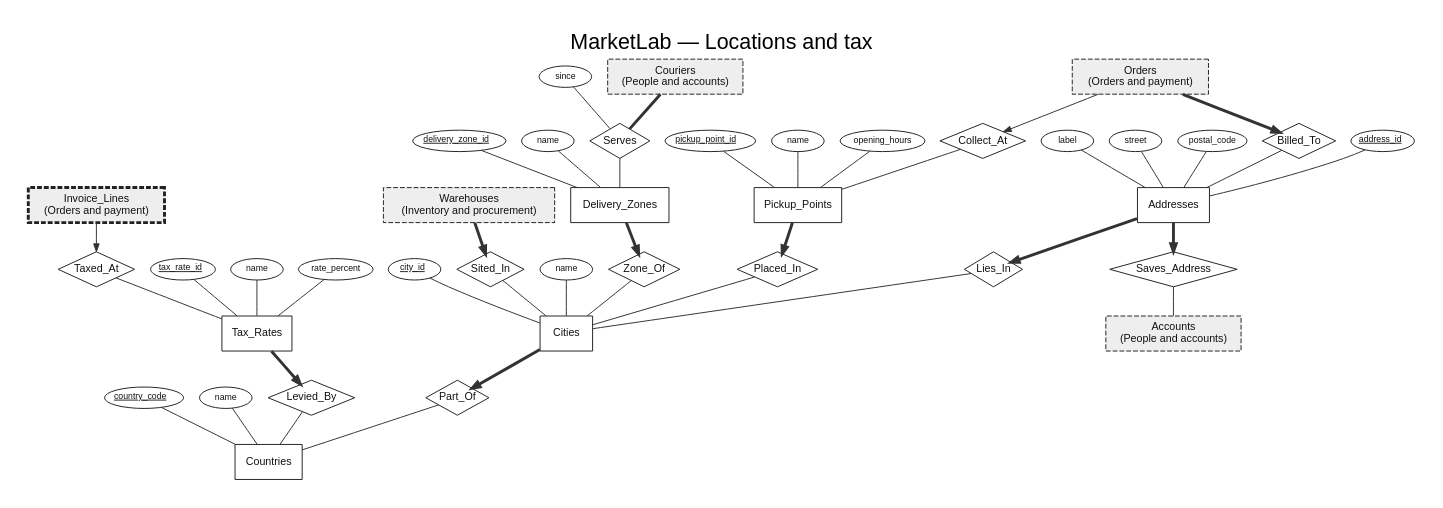
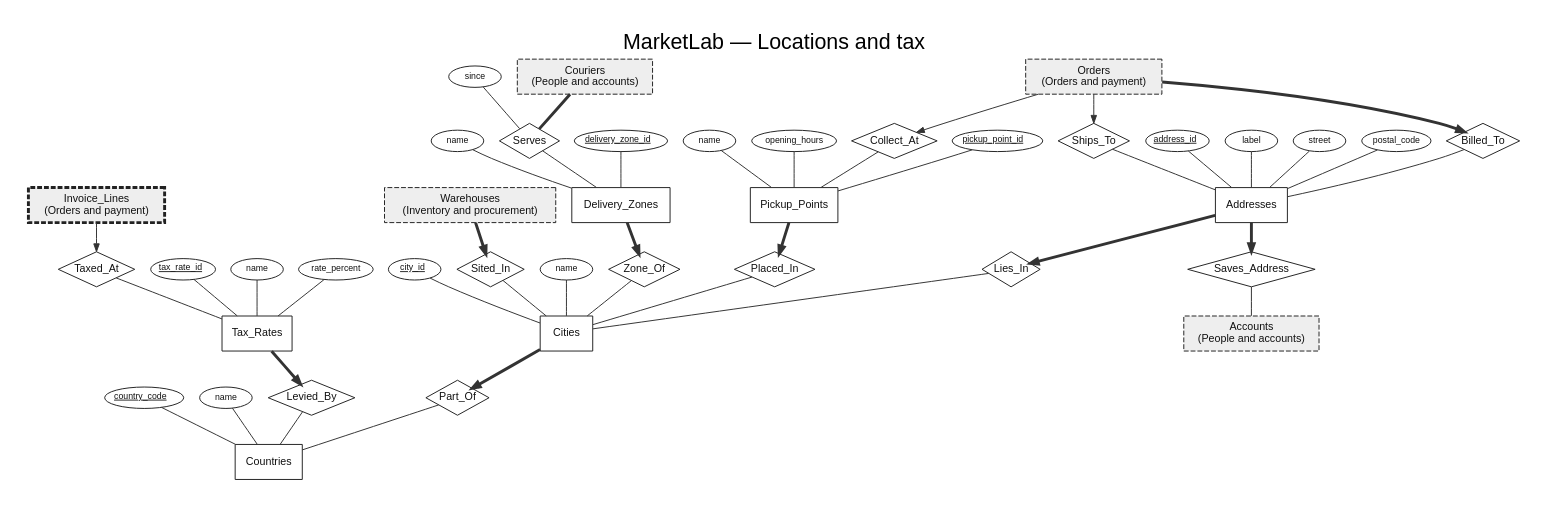
One commit to Barlassen/CS_202_Project changed the diagram in docs/er/area-locations.dot. Above: the diagram before and after it, drawn with Graphviz. The commit also changed 85 other files, not shown here.

First line of the commit message:
ER diagram feedback: notation legend, readable multi-page PDF, Ships_To

```diff
--- a/docs/er/area-locations.dot
+++ b/docs/er/area-locations.dot
@@ -1,88 +1,91 @@
 digraph ER {
 graph [compound=true, rankdir=TB, newrank=true, nodesep=0.22, ranksep=0.42, fontname="Helvetica", fontsize=22, labelloc=t, label="MarketLab — Locations and tax", pad=0.3];
 node [fontname="Helvetica", fontsize=11, color="#222222", fontcolor="#111111"];
 edge [color="#333333", arrowsize=0.8, fontname="Helvetica", fontsize=9];
 E_accounts [shape=box, style="filled,dashed", fillcolor="#eeeeee", penwidth=1, label="Accounts
 (People and accounts)"];
 E_addresses [shape=box, penwidth=1, label="Addresses"];
 A__addresses__address_id [shape=ellipse, fontsize=9, margin="0.04,0.02", height=0.3, label=<<U>address_id</U>>];
 A__addresses__address_id -> E_addresses [dir=none];
 A__addresses__label [shape=ellipse, fontsize=9, margin="0.04,0.02", height=0.3, label="label"];
 A__addresses__label -> E_addresses [dir=none];
 A__addresses__street [shape=ellipse, fontsize=9, margin="0.04,0.02", height=0.3, label="street"];
 A__addresses__street -> E_addresses [dir=none];
 A__addresses__postal_code [shape=ellipse, fontsize=9, margin="0.04,0.02", height=0.3, label="postal_code"];
 A__addresses__postal_code -> E_addresses [dir=none];
 E_cities [shape=box, penwidth=1, label="Cities"];
 A__cities__city_id [shape=ellipse, fontsize=9, margin="0.04,0.02", height=0.3, label=<<U>city_id</U>>];
 A__cities__city_id -> E_cities [dir=none];
 A__cities__name [shape=ellipse, fontsize=9, margin="0.04,0.02", height=0.3, label="name"];
 A__cities__name -> E_cities [dir=none];
 E_countries [shape=box, penwidth=1, label="Countries"];
 A__countries__country_code [shape=ellipse, fontsize=9, margin="0.04,0.02", height=0.3, label=<<U>country_code</U>>];
 A__countries__country_code -> E_countries [dir=none];
 A__countries__name [shape=ellipse, fontsize=9, margin="0.04,0.02", height=0.3, label="name"];
 A__countries__name -> E_countries [dir=none];
 E_couriers [shape=box, style="filled,dashed", fillcolor="#eeeeee", penwidth=1, label="Couriers
 (People and accounts)"];
 E_delivery_zones [shape=box, penwidth=1, label="Delivery_Zones"];
 A__delivery_zones__delivery_zone_id [shape=ellipse, fontsize=9, margin="0.04,0.02", height=0.3, label=<<U>delivery_zone_id</U>>];
 A__delivery_zones__delivery_zone_id -> E_delivery_zones [dir=none];
 A__delivery_zones__name [shape=ellipse, fontsize=9, margin="0.04,0.02", height=0.3, label="name"];
 A__delivery_zones__name -> E_delivery_zones [dir=none];
 E_invoice_lines [shape=box, style="filled,dashed", fillcolor="#eeeeee", penwidth=3, label="Invoice_Lines
 (Orders and payment)"];
 E_orders [shape=box, style="filled,dashed", fillcolor="#eeeeee", penwidth=1, label="Orders
 (Orders and payment)"];
 E_pickup_points [shape=box, penwidth=1, label="Pickup_Points"];
 A__pickup_points__pickup_point_id [shape=ellipse, fontsize=9, margin="0.04,0.02", height=0.3, label=<<U>pickup_point_id</U>>];
 A__pickup_points__pickup_point_id -> E_pickup_points [dir=none];
 A__pickup_points__name [shape=ellipse, fontsize=9, margin="0.04,0.02", height=0.3, label="name"];
 A__pickup_points__name -> E_pickup_points [dir=none];
 A__pickup_points__opening_hours [shape=ellipse, fontsize=9, margin="0.04,0.02", height=0.3, label="opening_hours"];
 A__pickup_points__opening_hours -> E_pickup_points [dir=none];
 E_tax_rates [shape=box, penwidth=1, label="Tax_Rates"];
 A__tax_rates__tax_rate_id [shape=ellipse, fontsize=9, margin="0.04,0.02", height=0.3, label=<<U>tax_rate_id</U>>];
 A__tax_rates__tax_rate_id -> E_tax_rates [dir=none];
 A__tax_rates__name [shape=ellipse, fontsize=9, margin="0.04,0.02", height=0.3, label="name"];
 A__tax_rates__name -> E_tax_rates [dir=none];
 A__tax_rates__rate_percent [shape=ellipse, fontsize=9, margin="0.04,0.02", height=0.3, label="rate_percent"];
 A__tax_rates__rate_percent -> E_tax_rates [dir=none];
 E_warehouses [shape=box, style="filled,dashed", fillcolor="#eeeeee", penwidth=1, label="Warehouses
 (Inventory and procurement)"];
 R12 [shape=diamond, penwidth=1, margin="0.02,0.02", label="Part_Of"];
 E_cities -> R12 [dir=forward, arrowhead=normal, penwidth=3];
 R12 -> E_countries [dir=none];
 R13 [shape=diamond, penwidth=1, margin="0.02,0.02", label="Lies_In"];
 E_addresses -> R13 [dir=forward, arrowhead=normal, penwidth=3];
 R13 -> E_cities [dir=none];
 R14 [shape=diamond, penwidth=1, margin="0.02,0.02", label="Saves_Address"];
 E_addresses -> R14 [dir=forward, arrowhead=normal, penwidth=3];
 R14 -> E_accounts [dir=none];
 R15 [shape=diamond, penwidth=1, margin="0.02,0.02", label="Zone_Of"];
 E_delivery_zones -> R15 [dir=forward, arrowhead=normal, penwidth=3];
 R15 -> E_cities [dir=none];
 R16 [shape=diamond, penwidth=1, margin="0.02,0.02", label="Placed_In"];
 E_pickup_points -> R16 [dir=forward, arrowhead=normal, penwidth=3];
 R16 -> E_cities [dir=none];
 R17 [shape=diamond, penwidth=1, margin="0.02,0.02", label="Levied_By"];
 E_tax_rates -> R17 [dir=forward, arrowhead=normal, penwidth=3];
 R17 -> E_countries [dir=none];
 R41 [shape=diamond, penwidth=1, margin="0.02,0.02", label="Sited_In"];
 E_warehouses -> R41 [dir=forward, arrowhead=normal, penwidth=3];
 R41 -> E_cities [dir=none];
 R55 [shape=diamond, penwidth=1, margin="0.02,0.02", label="Collect_At"];
 E_orders -> R55 [dir=forward, arrowhead=normal];
 R55 -> E_pickup_points [dir=none];
 R56 [shape=diamond, penwidth=1, margin="0.02,0.02", label="Billed_To"];
 E_orders -> R56 [dir=forward, arrowhead=normal, penwidth=3];
 R56 -> E_addresses [dir=none];
-R68 [shape=diamond, penwidth=1, margin="0.02,0.02", label="Taxed_At"];
-E_invoice_lines -> R68 [dir=forward, arrowhead=normal];
-R68 -> E_tax_rates [dir=none];
-R88 [shape=diamond, penwidth=1, margin="0.02,0.02", label="Serves"];
-RA88__since [shape=ellipse, fontsize=9, margin="0.04,0.02", height=0.3, label="since"];
-RA88__since -> R88 [dir=none];
-E_couriers -> R88 [dir=none, penwidth=3];
-R88 -> E_delivery_zones [dir=none];
+R57 [shape=diamond, penwidth=1, margin="0.02,0.02", label="Ships_To"];
+E_orders -> R57 [dir=forward, arrowhead=normal];
+R57 -> E_addresses [dir=none];
+R69 [shape=diamond, penwidth=1, margin="0.02,0.02", label="Taxed_At"];
+E_invoice_lines -> R69 [dir=forward, arrowhead=normal];
+R69 -> E_tax_rates [dir=none];
+R89 [shape=diamond, penwidth=1, margin="0.02,0.02", label="Serves"];
+RA89__since [shape=ellipse, fontsize=9, margin="0.04,0.02", height=0.3, label="since"];
+RA89__since -> R89 [dir=none];
+E_couriers -> R89 [dir=none, penwidth=3];
+R89 -> E_delivery_zones [dir=none];
 }
```
